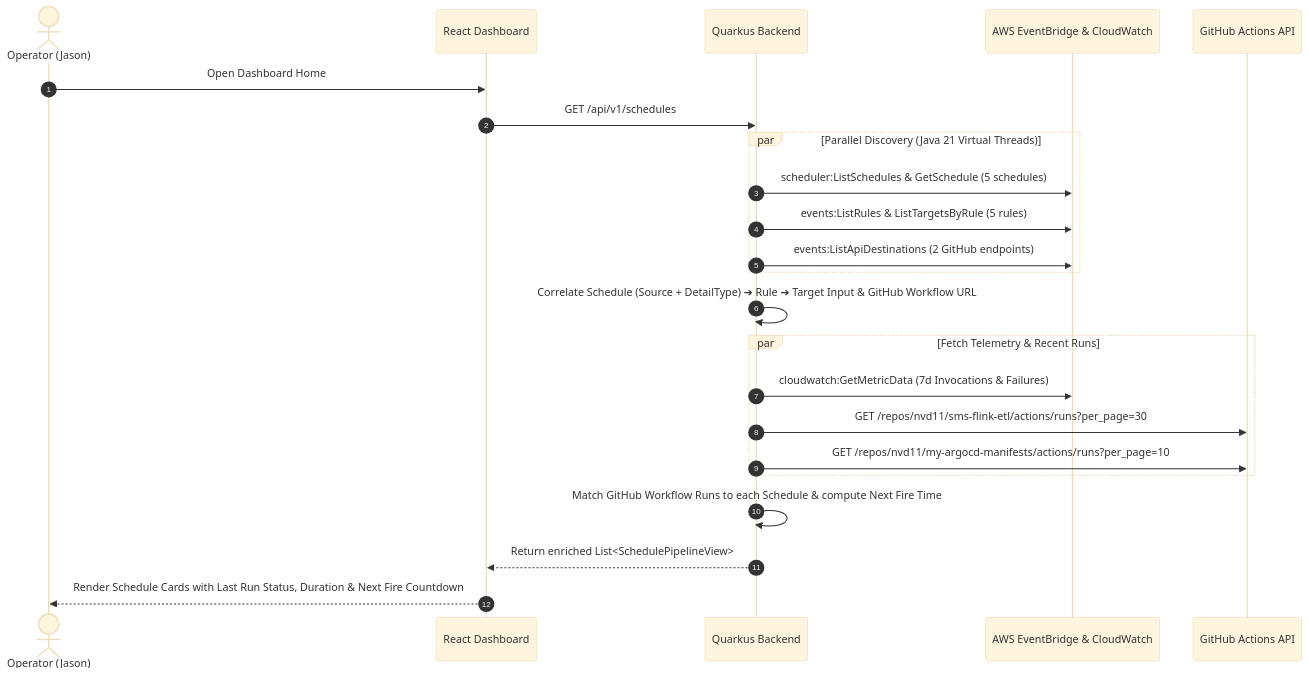
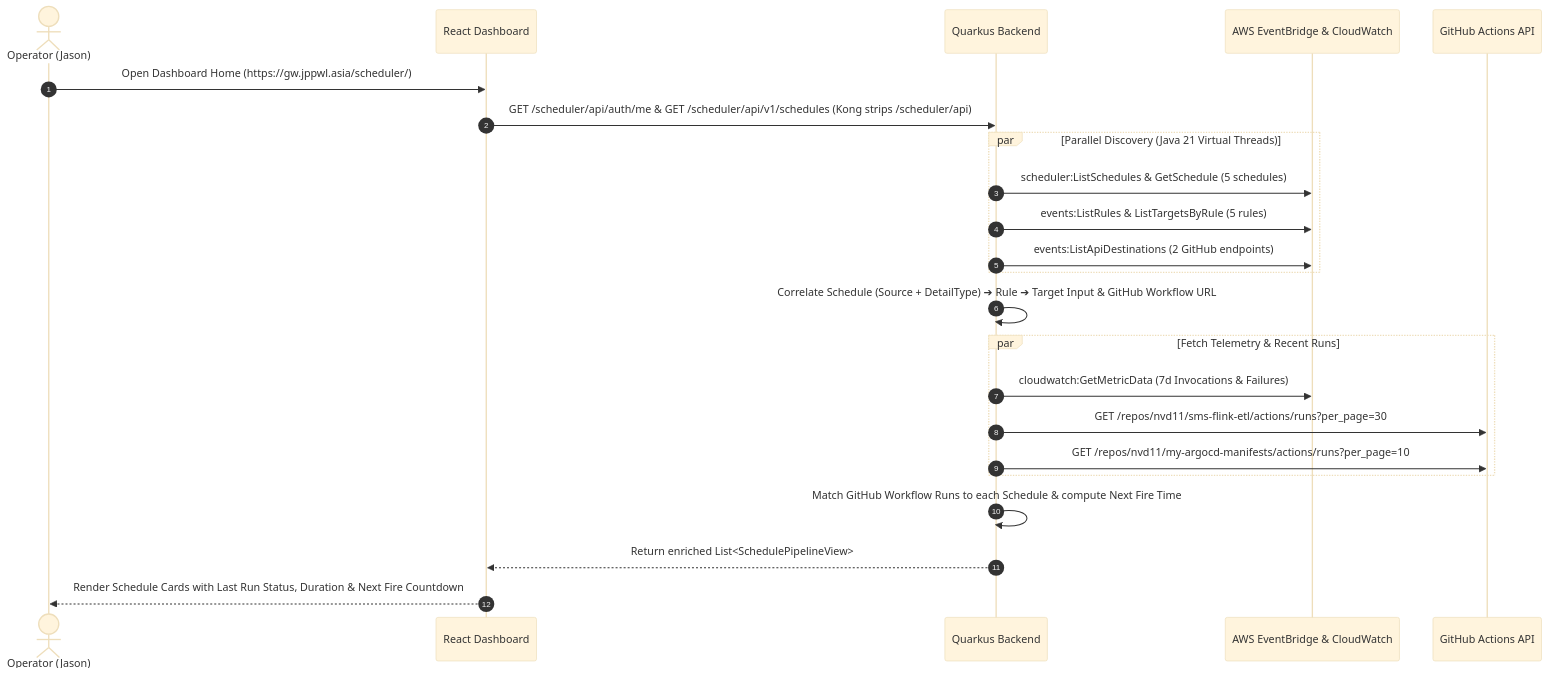
The second of 3 diagrams in docs/ARCHITECTURE.md (nvd11/aws-scheduler-dashboard), drawn with Mermaid (base theme) before and after one commit. The commit also changed other lines of this file and 6 other files, not shown here.

````diff
--- a/docs/ARCHITECTURE.md
+++ b/docs/ARCHITECTURE.md
@@ -76,30 +93,30 @@
 ```mermaid
 sequenceDiagram
     autonumber
     actor User as Operator (Jason)
     participant UI as React Dashboard
     participant API as Quarkus Backend
     participant AWS as AWS EventBridge & CloudWatch
     participant GH as GitHub Actions API
 
-    User->>UI: Open Dashboard Home
-    UI->>API: GET /api/v1/schedules
+    User->>UI: Open Dashboard Home (https://gw.jppwl.asia/scheduler/)
+    UI->>API: GET /scheduler/api/auth/me & GET /scheduler/api/v1/schedules (Kong strips /scheduler/api)
     
     par Parallel Discovery (Java 21 Virtual Threads)
         API->>AWS: scheduler:ListSchedules & GetSchedule (5 schedules)
         API->>AWS: events:ListRules & ListTargetsByRule (5 rules)
         API->>AWS: events:ListApiDestinations (2 GitHub endpoints)
     end
 
     API->>API: Correlate Schedule (Source + DetailType) ➔ Rule ➔ Target Input & GitHub Workflow URL
     
     par Fetch Telemetry & Recent Runs
         API->>AWS: cloudwatch:GetMetricData (7d Invocations & Failures)
         API->>GH: GET /repos/nvd11/sms-flink-etl/actions/runs?per_page=30
         API->>GH: GET /repos/nvd11/my-argocd-manifests/actions/runs?per_page=10
     end
 
     API->>API: Match GitHub Workflow Runs to each Schedule & compute Next Fire Time
     API-->>UI: Return enriched List<SchedulePipelineView>
     UI-->>User: Render Schedule Cards with Last Run Status, Duration & Next Fire Countdown
 ```
````
